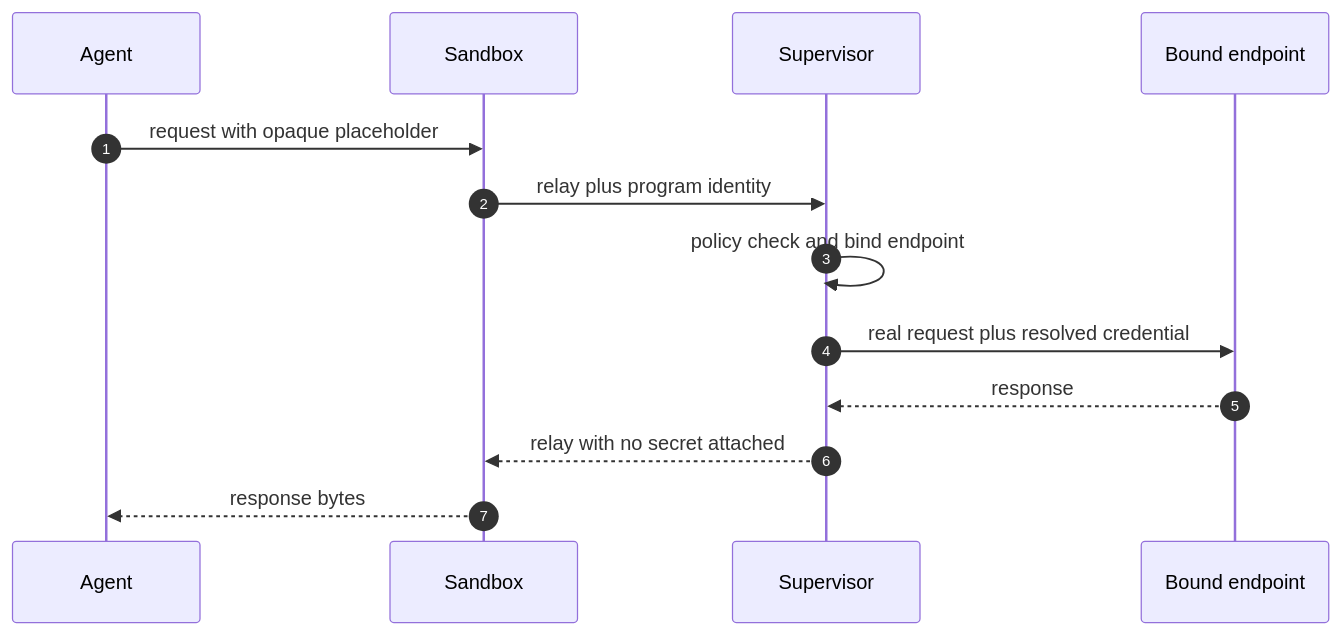
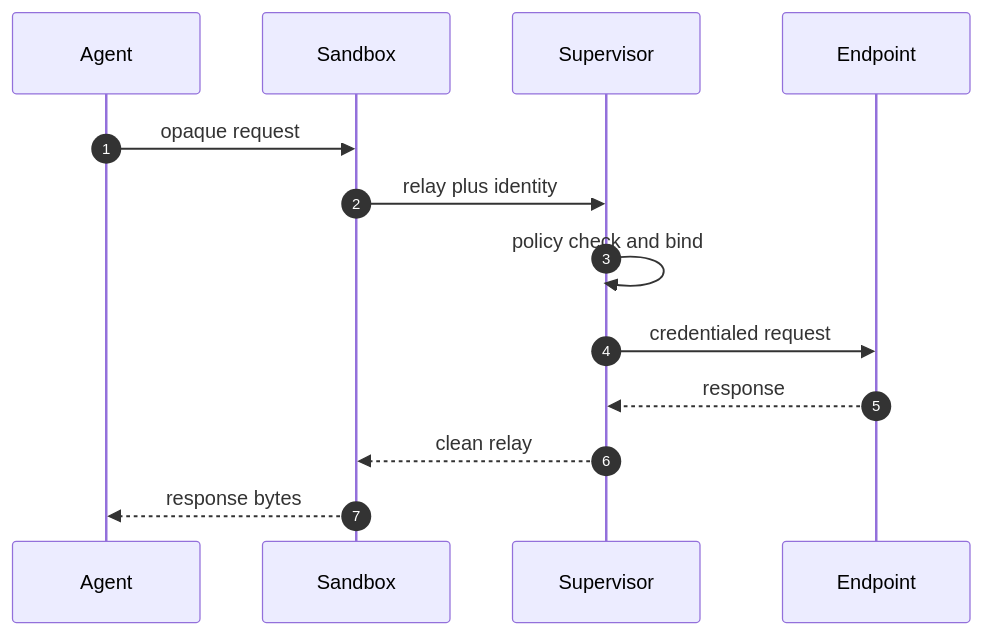
Diagram 20 of 26 in book/OPENSHELL-REFERENCE-ARCHITECTURE.md (harishgovardhandamodar/AI-Agents-Patterns), drawn with Mermaid before and after one commit. The commit also changed other lines of this file and 4 other files, not shown here.

First line of the commit message:
Presentable UML: vertical stacks, no dead columns, tighter sequences

````diff
--- a/book/OPENSHELL-REFERENCE-ARCHITECTURE.md
+++ b/book/OPENSHELL-REFERENCE-ARCHITECTURE.md
@@ -677,15 +673,15 @@
 ```mermaid
 sequenceDiagram
     autonumber
     participant A as Agent
     participant SB as Sandbox
     participant SV as Supervisor
-    participant P as Bound endpoint
-    A->>SB: request with opaque placeholder
-    SB->>SV: relay plus program identity
-    SV->>SV: policy check and bind endpoint
-    SV->>P: real request plus resolved credential
+    participant P as Endpoint
+    A->>SB: opaque request
+    SB->>SV: relay plus identity
+    SV->>SV: policy check and bind
+    SV->>P: credentialed request
     P-->>SV: response
-    SV-->>SB: relay with no secret attached
+    SV-->>SB: clean relay
     SB-->>A: response bytes
 ```
````
